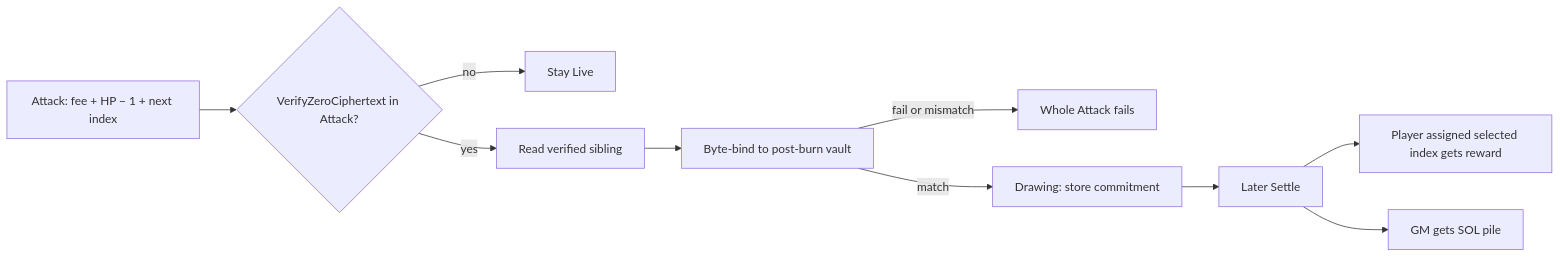
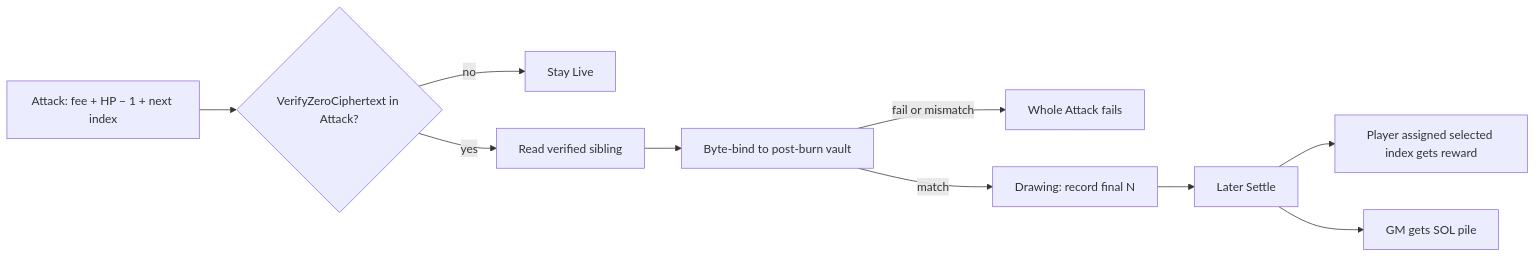
The second of 2 diagrams in docs/program.md (kilogold/confidential-pinata), drawn with Mermaid before and after one commit. The commit also changed other lines of this file and 6 other files, not shown here.

````diff
--- a/docs/program.md
+++ b/docs/program.md
@@ -44,13 +44,13 @@
 ```mermaid
 flowchart LR
   attack[Attack: fee + HP − 1 + next index]
   attack --> proof{VerifyZeroCiphertext in Attack?}
   proof -->|no| live[Stay Live]
   proof -->|yes| sibling[Read verified sibling]
   sibling --> bind[Byte-bind to post-burn vault]
   bind -->|fail or mismatch| reject[Whole Attack fails]
-  bind -->|match| drawing[Drawing: store commitment]
+  bind -->|match| drawing[Drawing: record final N]
   drawing --> settle[Later Settle]
   settle --> winner[Player assigned selected index gets reward]
   settle --> gm[GM gets SOL pile]
 ```
````
